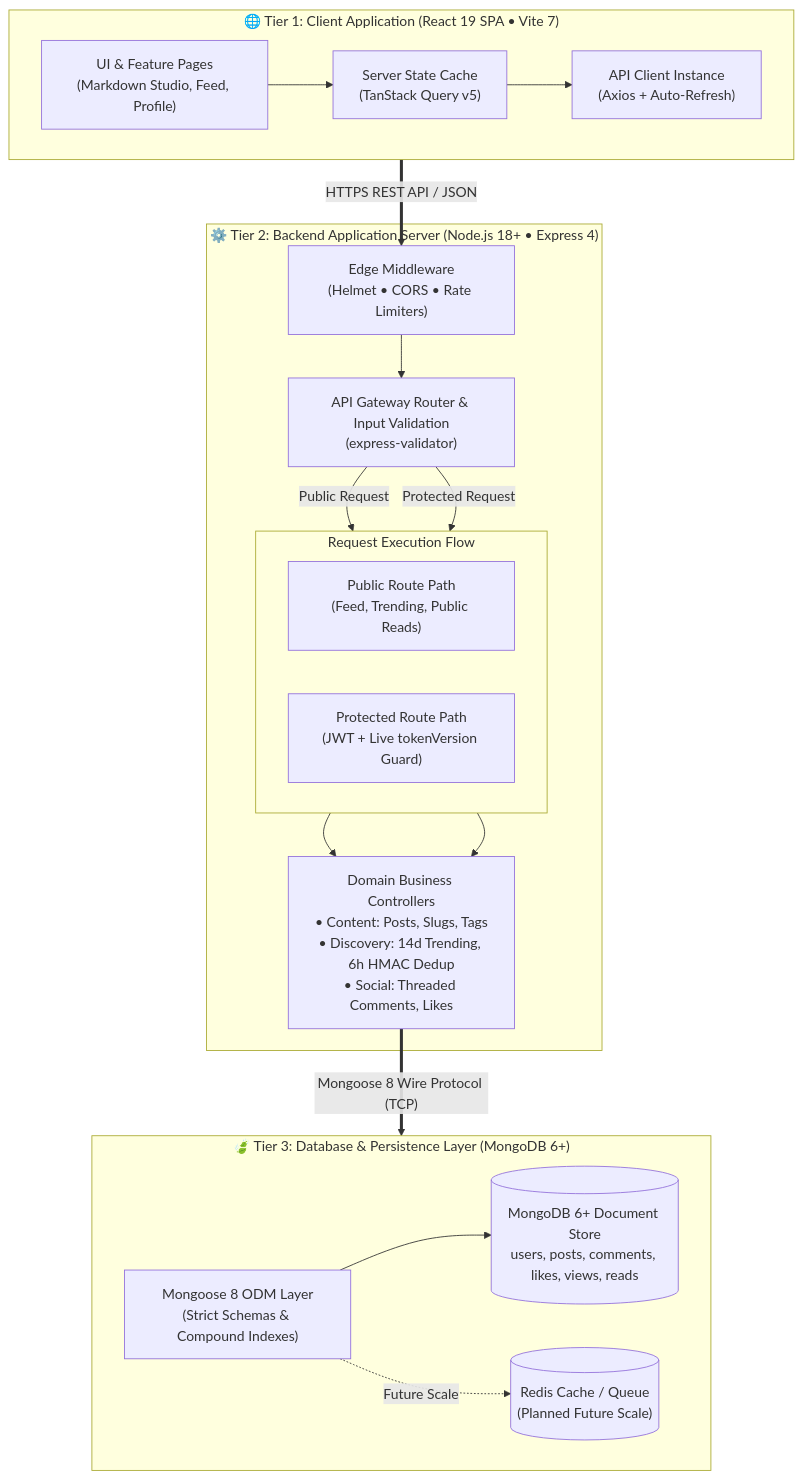
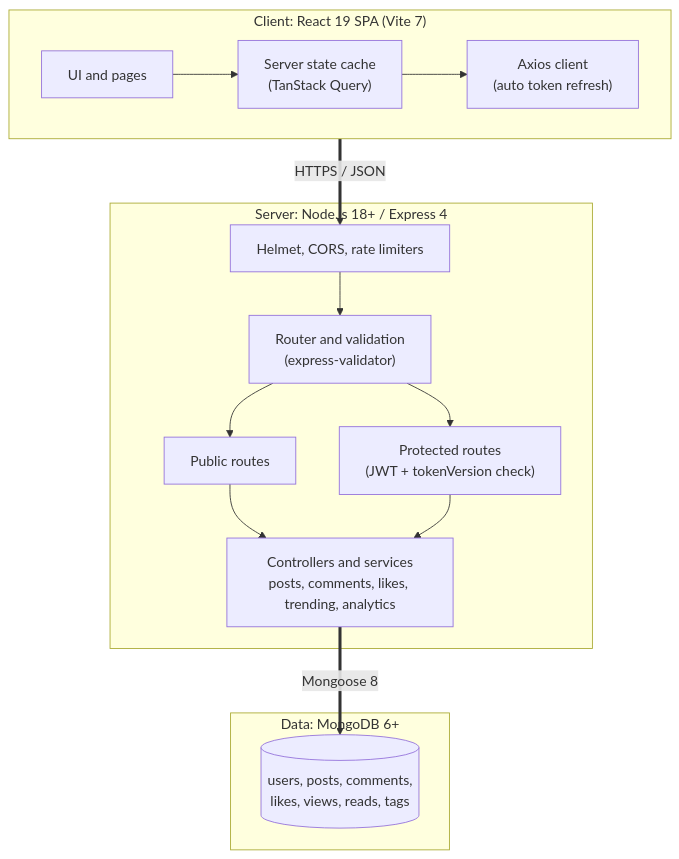
Before and after one commit to Purvesh-PJ/bloghub: the diagram in README.md, drawn with Mermaid. The commit also changed other lines of this file and 1 other file, not shown here.

Commit message:
docs(readme): streamline project overview, architecture, and guide specifications

````diff
--- a/README.md
+++ b/README.md
@@ -148,54 +84,29 @@
 ```mermaid
 flowchart TD
-    %% ===================================================
-    %% TIER 1: CLIENT TIER (React 19 SPA)
-    %% ===================================================
-    subgraph Tier1["🌐 Tier 1: Client Application (React 19 SPA • Vite 7)"]
+    subgraph Client["Client: React 19 SPA (Vite 7)"]
         direction LR
-        UI["UI & Feature Pages<br/>(Markdown Studio, Feed, Profile)"]
-        Cache["Server State Cache<br/>(TanStack Query v5)"]
-        Http["API Client Instance<br/>(Axios + Auto-Refresh)"]
+        UI["UI and pages"]
+        Cache["Server state cache<br/>(TanStack Query)"]
+        Http["Axios client<br/>(auto token refresh)"]
         UI --> Cache --> Http
     end
 
-    %% Network Transport Boundary
-    Http ==>|"HTTPS REST API / JSON"| Ingress
+    Http ==>|"HTTPS / JSON"| Ingress
 
-    %% ===================================================
-    %% TIER 2: SERVER APPLICATION TIER (Express 4)
-    %% ===================================================
-    subgraph Tier2["⚙️ Tier 2: Backend Application Server (Node.js 18+ • Express 4)"]
-        Ingress["Edge Middleware<br/>(Helmet • CORS • Rate Limiters)"]
-        Router["API Gateway Router & Input Validation<br/>(express-validator)"]
-
-        subgraph Pipeline["Request Execution Flow"]
-            direction LR
-            PublicPath["Public Route Path<br/>(Feed, Trending, Public Reads)"]
-            AuthGuard["Protected Route Path<br/>(JWT + Live tokenVersion Guard)"]
-        end
-
-        Controllers["Domain Business Controllers<br/>• Content: Posts, Slugs, Tags<br/>• Discovery: 14d Trending, 6h HMAC Dedup<br/>• Social: Threaded Comments, Likes"]
-
+    subgraph Server["Server: Node.js 18+ / Express 4"]
+        Ingress["Helmet, CORS, rate limiters"]
+        Router["Router and validation<br/>(express-validator)"]
+        Public["Public routes"]
+        Auth["Protected routes<br/>(JWT + tokenVersion check)"]
+        Controllers["Controllers and services<br/>posts, comments, likes, trending, analytics"]
         Ingress --> Router
-        Router -->|"Public Request"| PublicPath
-        Router -->|"Protected Request"| AuthGuard
-        PublicPath --> Controllers
-        AuthGuard --> Controllers
+        Router --> Public --> Controllers
+        Router --> Auth --> Controllers
     end
 
-    %% Database Transport Boundary
-    Controllers ==>|"Mongoose 8 Wire Protocol (TCP)"| ODM
+    Controllers ==>|"Mongoose 8"| DB
 
-    %% ===================================================
-    %% TIER 3: DATABASE TIER (MongoDB 6+)
-    %% ===================================================
-    subgraph Tier3["🍃 Tier 3: Database & Persistence Layer (MongoDB 6+)"]
-        direction LR
-        ODM["Mongoose 8 ODM Layer<br/>(Strict Schemas & Compound Indexes)"]
-        DB[("MongoDB 6+ Document Store<br/>users, posts, comments, likes, views, reads")]
-        Redis[("Redis Cache / Queue<br/>(Planned Future Scale)")]
-
-        ODM --> DB
-        ODM -.->|"Future Scale"| Redis
+    subgraph Data["Data: MongoDB 6+"]
+        DB[("users, posts, comments,<br/>likes, views, reads, tags")]
     end
 ```
````
